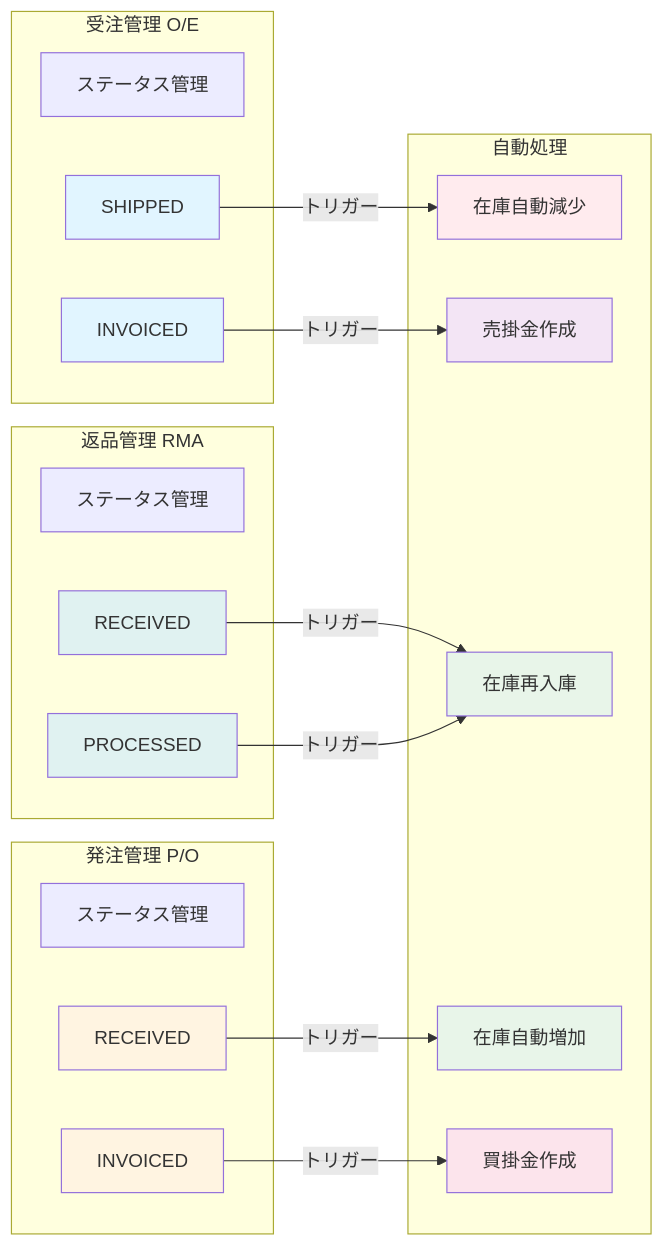
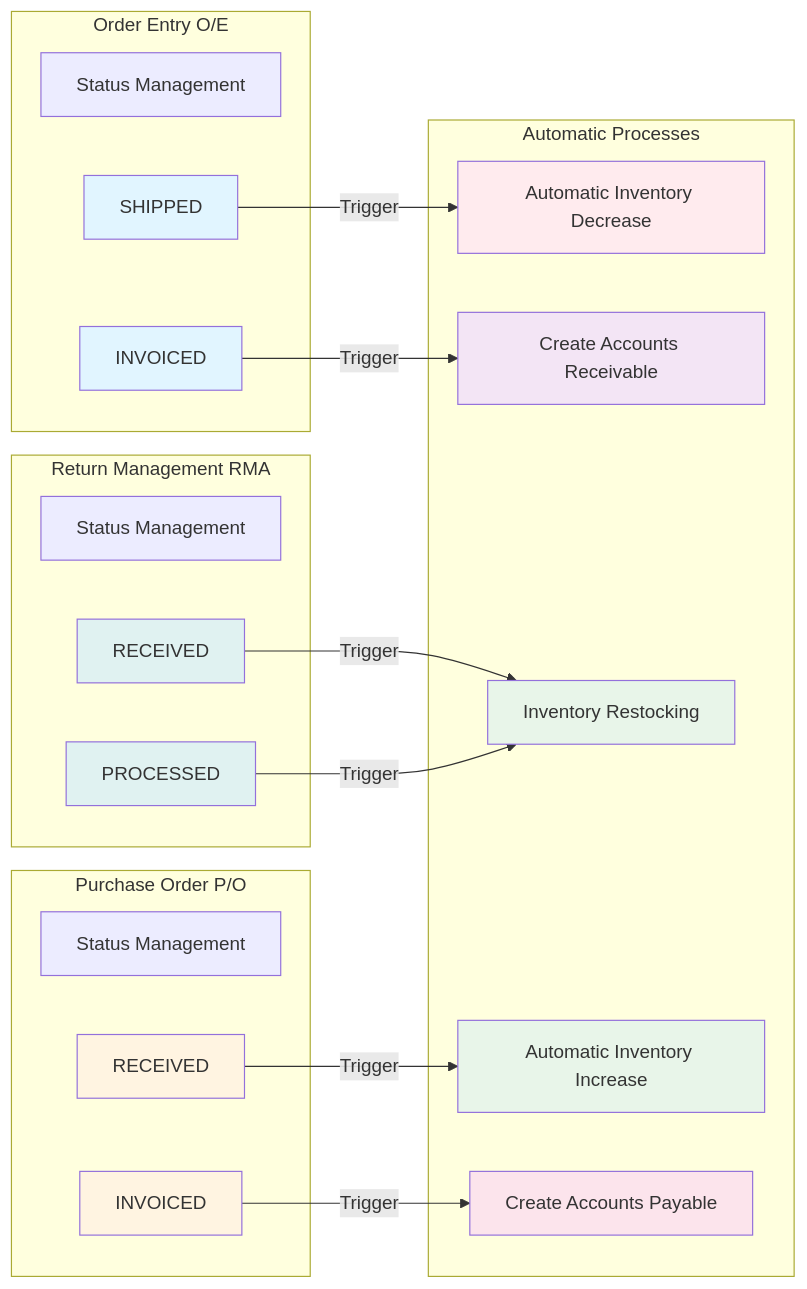
Before and after one commit to HankTk/app-erp: the third of 7 diagrams in ERP_MODULE_DIAGRAM.md, drawn with Mermaid. The commit also changed other lines of this file and 5 other files, not shown here.

````diff
--- a/ERP_MODULE_DIAGRAM.md
+++ b/ERP_MODULE_DIAGRAM.md
@@ -147,47 +147,47 @@
 ```mermaid
 graph LR
-    subgraph "受注管理 O/E"
-        OE_Status[ステータス管理]
+    subgraph "Order Entry O/E"
+        OE_Status[Status Management]
         OE_SHIPPED[SHIPPED]
         OE_INVOICED[INVOICED]
     end
 
-    subgraph "発注管理 P/O"
-        PO_Status[ステータス管理]
+    subgraph "Purchase Order P/O"
+        PO_Status[Status Management]
         PO_RECEIVED[RECEIVED]
         PO_INVOICED[INVOICED]
     end
 
-    subgraph "返品管理 RMA"
-        RMA_Status[ステータス管理]
+    subgraph "Return Management RMA"
+        RMA_Status[Status Management]
         RMA_RECEIVED[RECEIVED]
         RMA_PROCESSED[PROCESSED]
     end
 
-    subgraph "自動処理"
-        Auto_IC_Dec[在庫自動減少]
-        Auto_IC_Inc[在庫自動増加]
-        Auto_IC_Restock[在庫再入庫]
-        Auto_AR[売掛金作成]
-        Auto_AP[買掛金作成]
+    subgraph "Automatic Processes"
+        Auto_IC_Dec[Automatic Inventory Decrease]
+        Auto_IC_Inc[Automatic Inventory Increase]
+        Auto_IC_Restock[Inventory Restocking]
+        Auto_AR[Create Accounts Receivable]
+        Auto_AP[Create Accounts Payable]
     end
 
-    OE_SHIPPED -->|トリガー| Auto_IC_Dec
-    OE_INVOICED -->|トリガー| Auto_AR
-    PO_RECEIVED -->|トリガー| Auto_IC_Inc
-    PO_INVOICED -->|トリガー| Auto_AP
-    RMA_RECEIVED -->|トリガー| Auto_IC_Restock
-    RMA_PROCESSED -->|トリガー| Auto_IC_Restock
+    OE_SHIPPED -->|Trigger| Auto_IC_Dec
+    OE_INVOICED -->|Trigger| Auto_AR
+    PO_RECEIVED -->|Trigger| Auto_IC_Inc
+    PO_INVOICED -->|Trigger| Auto_AP
+    RMA_RECEIVED -->|Trigger| Auto_IC_Restock
+    RMA_PROCESSED -->|Trigger| Auto_IC_Restock
 
     style OE_SHIPPED fill:#e1f5ff
     style OE_INVOICED fill:#e1f5ff
     style PO_RECEIVED fill:#fff4e1
     style PO_INVOICED fill:#fff4e1
     style RMA_RECEIVED fill:#e0f2f1
     style RMA_PROCESSED fill:#e0f2f1
     style Auto_IC_Dec fill:#ffebee
     style Auto_IC_Inc fill:#e8f5e9
     style Auto_IC_Restock fill:#e8f5e9
     style Auto_AR fill:#f3e5f5
     style Auto_AP fill:#fce4ec
 ```
````
